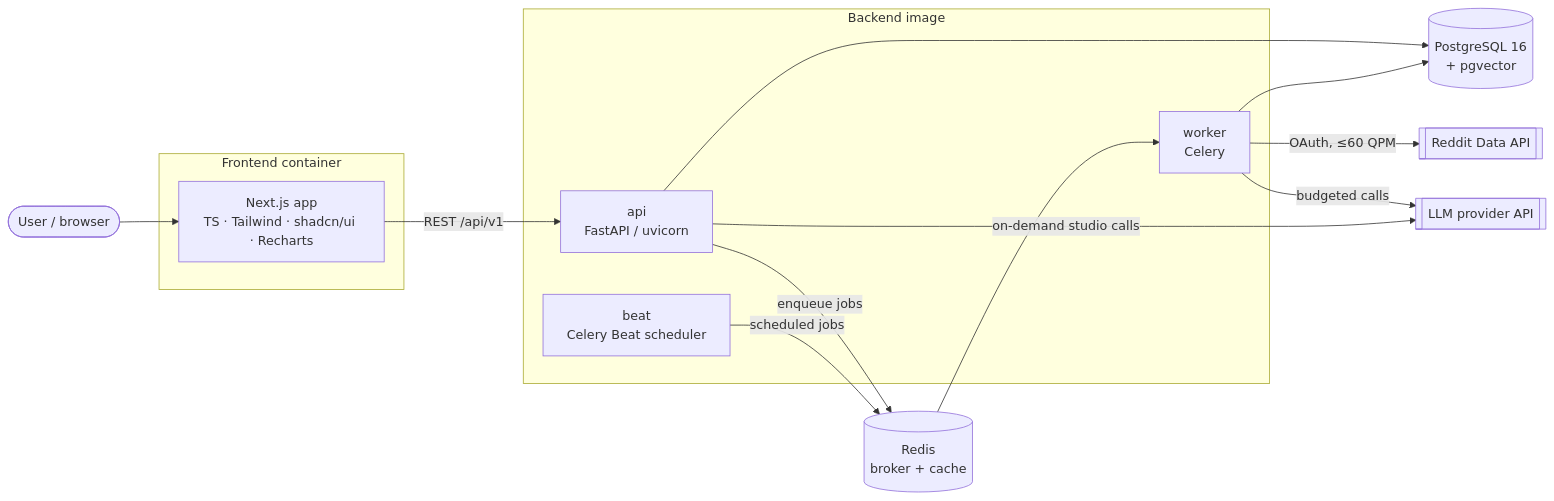
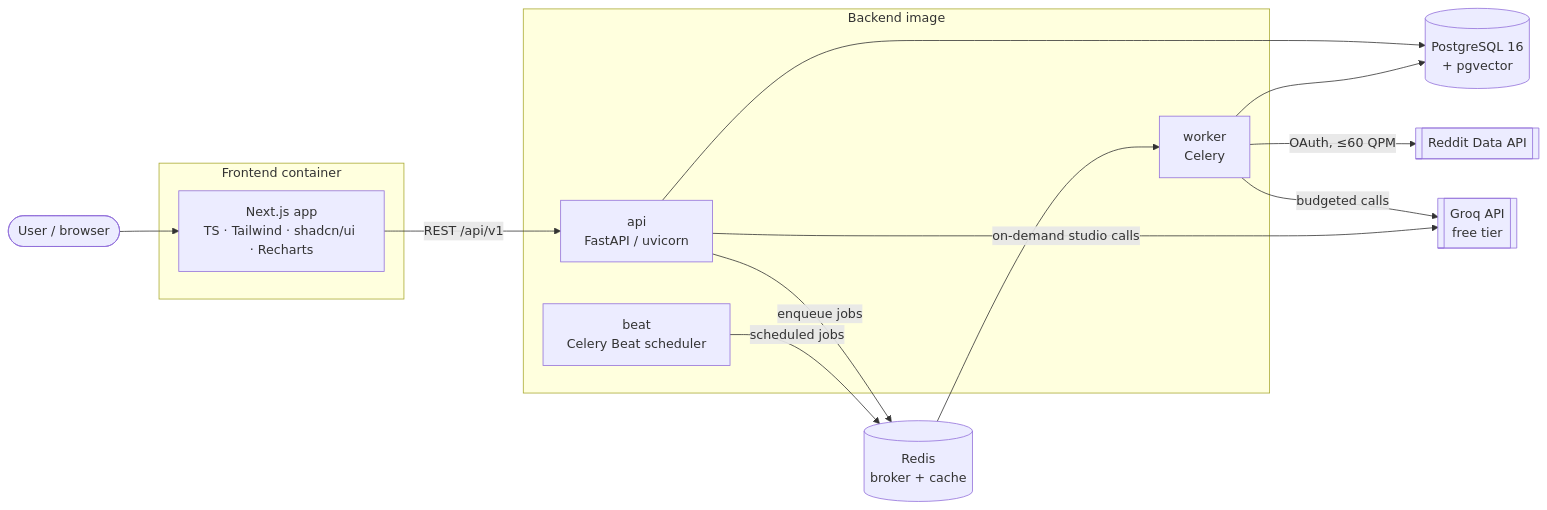
The first of 2 diagrams in docs/SYSTEM_ARCHITECTURE.md (Aakif9866/Karma-Farming-Autobot), drawn with Mermaid before and after one commit. The commit also changed other lines of this file and 13 other files, not shown here.

Commit message:
docs: switch to Groq free tier, drop NSFW, include politics, add r/vit

````diff
--- a/docs/SYSTEM_ARCHITECTURE.md
+++ b/docs/SYSTEM_ARCHITECTURE.md
@@ -9,27 +9,27 @@
 ```mermaid
 flowchart LR
   user([User / browser])
   subgraph FE[Frontend container]
     next[Next.js app<br/>TS · Tailwind · shadcn/ui · Recharts]
   end
   subgraph BE[Backend image]
     api[api<br/>FastAPI / uvicorn]
     worker[worker<br/>Celery]
     beat[beat<br/>Celery Beat scheduler]
   end
   pg[(PostgreSQL 16<br/>+ pgvector)]
   redis[(Redis<br/>broker + cache)]
   reddit[[Reddit Data API]]
-  llm[[LLM provider API]]
+  llm[[Groq API<br/>free tier]]
 
   user --> next
   next -->|REST /api/v1| api
   api --> pg
   api -->|enqueue jobs| redis
   beat -->|scheduled jobs| redis
   redis --> worker
   worker --> pg
   worker -->|OAuth, ≤60 QPM| reddit
   worker -->|budgeted calls| llm
   api -->|on-demand studio calls| llm
 ```
````
